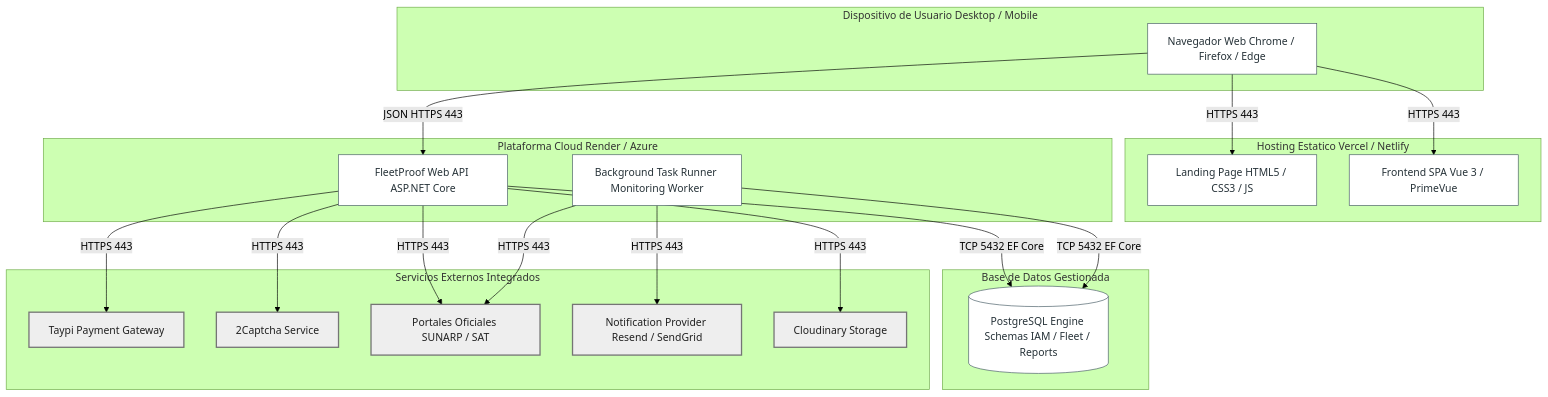
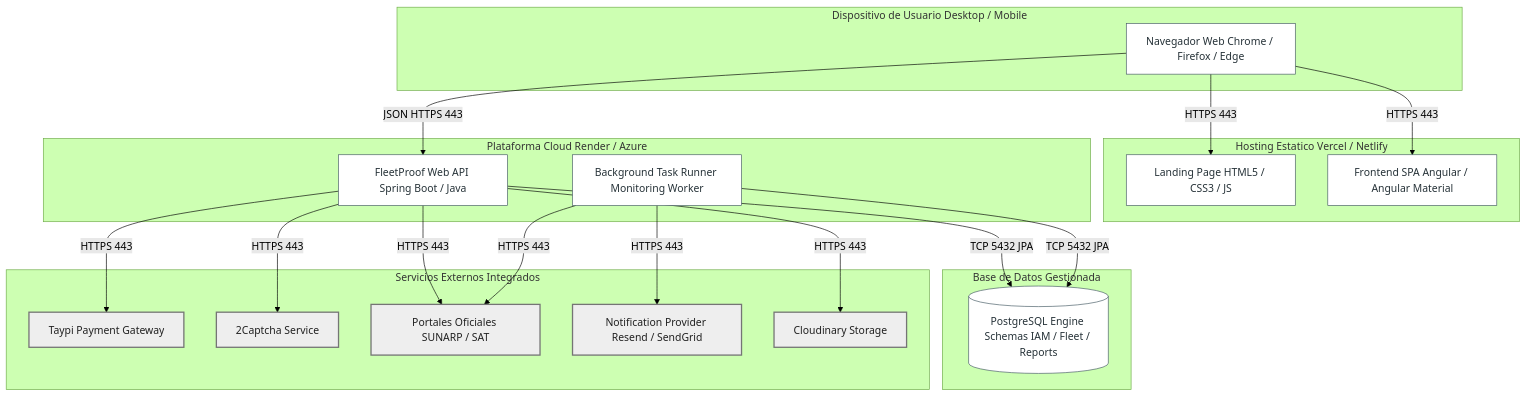
One commit to 1ASI0729-7800-BLIP/blip-fleetproof-project-report changed the fifth of 7 diagrams in docs/05-chapter-4-product-design.md. Above: the diagram before and after it, drawn with Mermaid (forest theme). The commit also changed other lines of this file and 11 other files, not shown here.

````diff
--- a/docs/05-chapter-4-product-design.md
+++ b/docs/05-chapter-4-product-design.md
@@ -694,49 +697,49 @@
 ```mermaid
 flowchart TB
     classDef clientNode fill:#eceff1,stroke:#607d8b,stroke-width:2px,color:#263238;
     classDef edgeNode fill:#e3f2fd,stroke:#1e88e5,stroke-width:2px,color:#0d47a1;
     classDef computeNode fill:#e8eaf6,stroke:#3f51b5,stroke-width:2px,color:#1a237e;
     classDef dbNode fill:#e8f5e9,stroke:#43a047,stroke-width:2px,color:#1b5e20;
     classDef extNode fill:#eeeeee,stroke:#757575,stroke-width:2px,color:#212121;
     classDef artifact fill:#ffffff,stroke:#455a64,stroke-width:1px,color:#263238;
 
     subgraph Client_Device [Dispositivo de Usuario Desktop / Mobile]
         browser[Navegador Web Chrome / Firefox / Edge]:::artifact
     end
 
     subgraph Hosting_Static [Hosting Estatico Vercel / Netlify]
         landing_art[Landing Page HTML5 / CSS3 / JS]:::artifact
-        spa_art[Frontend SPA Vue 3 / PrimeVue]:::artifact
+        spa_art[Frontend SPA Angular / Angular Material]:::artifact
     end
 
     subgraph Cloud_PaaS [Plataforma Cloud Render / Azure]
-        api_art[FleetProof Web API ASP.NET Core]:::artifact
+        api_art[FleetProof Web API Spring Boot / Java]:::artifact
         worker_art[Background Task Runner Monitoring Worker]:::artifact
     end
 
     subgraph Cloud_DB [Base de Datos Gestionada]
         db_engine[(PostgreSQL Engine Schemas IAM / Fleet / Reports)]:::artifact
     end
 
     subgraph External_Cloud [Servicios Externos Integrados]
         srv_pay[Taypi Payment Gateway]:::extNode
         srv_captcha[2Captcha Service]:::extNode
         srv_gov[Portales Oficiales SUNARP / SAT]:::extNode
         srv_notif[Notification Provider Resend / SendGrid]:::extNode
         srv_media[Cloudinary Storage]:::extNode
     end
 
     browser -->|HTTPS 443| landing_art
     browser -->|HTTPS 443| spa_art
     browser -->|JSON HTTPS 443| api_art
 
-    api_art -->|TCP 5432 EF Core| db_engine
-    worker_art -->|TCP 5432 EF Core| db_engine
+    api_art -->|TCP 5432 JPA| db_engine
+    worker_art -->|TCP 5432 JPA| db_engine
 
     api_art -->|HTTPS 443| srv_pay
     api_art -->|HTTPS 443| srv_captcha
     api_art -->|HTTPS 443| srv_gov
     worker_art -->|HTTPS 443| srv_gov
     worker_art -->|HTTPS 443| srv_notif
     api_art -->|HTTPS 443| srv_media
 ```
````
